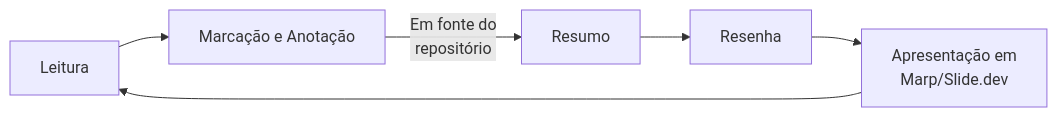
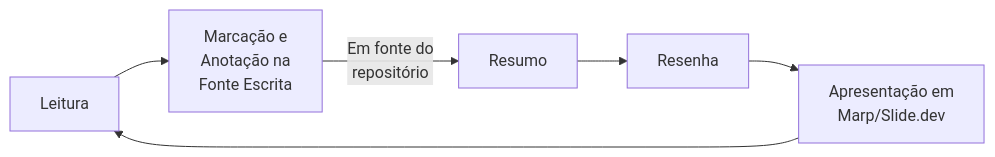
The first of 3 diagrams in README.md (dnlclaudino/gestao-do-conhecimento), drawn with Mermaid before and after one commit.

````diff
--- a/README.md
+++ b/README.md
@@ -33,8 +33,8 @@
 ```mermaid
 graph LR;
-    A[Leitura]-->B[Marcação e Anotação];
+    A[Leitura]-->B[Marcação e<br>Anotação na<br>Fonte Escrita];
     B-- Em fonte do<br>repositório -->C[Resumo];
     C-->D[Resenha];
     D-->E[Apresentação em<br>Marp/Slide.dev];
     E-->A
 ```
````
